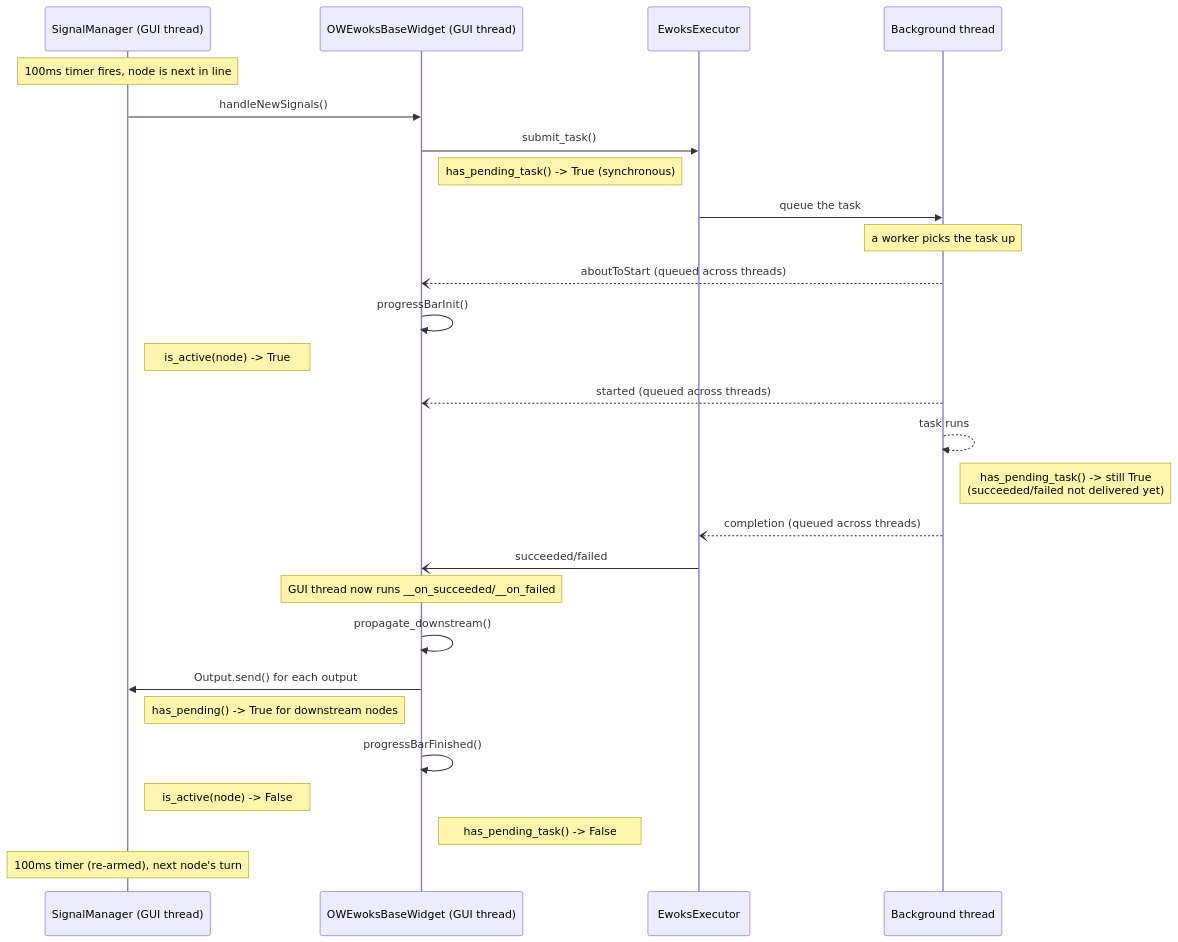
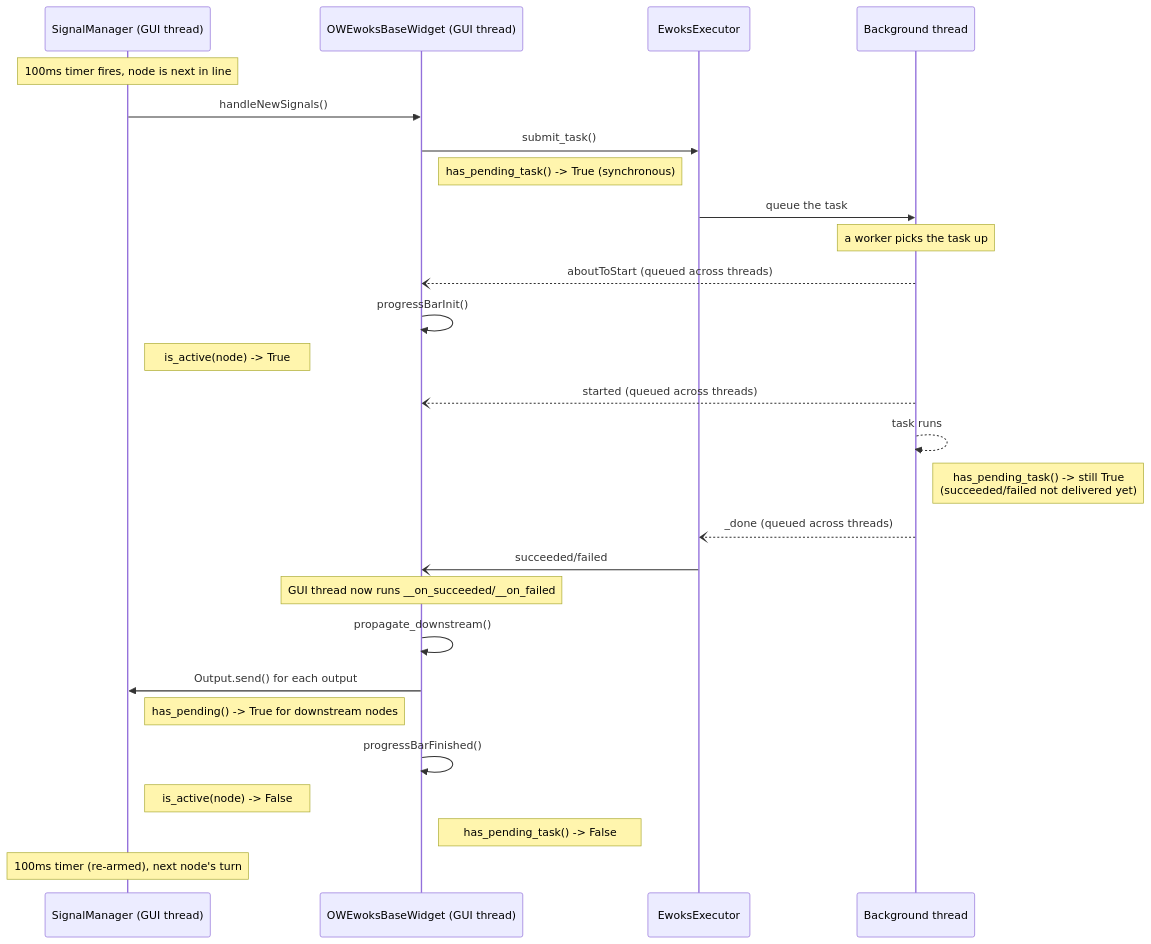
One commit to ewoks-kit/ewoksorange changed the first of 2 diagrams in doc/explanations/execution.rst. Above: the diagram before and after it, drawn with Mermaid. The commit also changed 7 other files, not shown here.

```diff
--- a/doc/explanations/execution.rst
+++ b/doc/explanations/execution.rst
@@ -38,33 +38,33 @@
 .. mermaid::
 
     sequenceDiagram
         participant SM as SignalManager (GUI thread)
         participant W as OWEwoksBaseWidget (GUI thread)
         participant EX as EwoksExecutor
         participant BG as Background thread
 
         Note over SM: 100ms timer fires, node is next in line
         SM->>W: handleNewSignals()
         W->>EX: submit_task()
         Note right of W: has_pending_task() -> True (synchronous)
         EX->>BG: queue the task
         Note over BG: a worker picks the task up
         BG--)W: aboutToStart (queued across threads)
         W->>W: progressBarInit()
         Note right of SM: is_active(node) -> True
         BG--)W: started (queued across threads)
 
         BG-->>BG: task runs
         Note right of BG: has_pending_task() -> still True<br/>(succeeded/failed not delivered yet)
-        BG--)EX: completion (queued across threads)
+        BG--)EX: _done (queued across threads)
         EX-)W: succeeded/failed
 
         Note over W: GUI thread now runs __on_succeeded/__on_failed
         W->>W: propagate_downstream()
         W->>SM: Output.send() for each output
         Note right of SM: has_pending() -> True for downstream nodes
         W->>W: progressBarFinished()
         Note right of SM: is_active(node) -> False
         Note right of W: has_pending_task() -> False
 
         Note over SM: 100ms timer (re-armed), next node's turn
```
